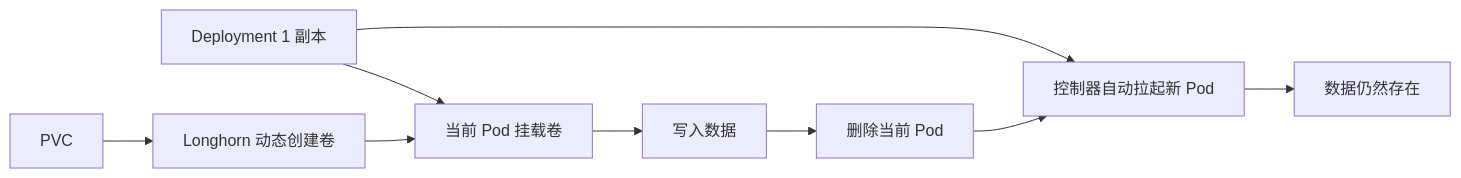
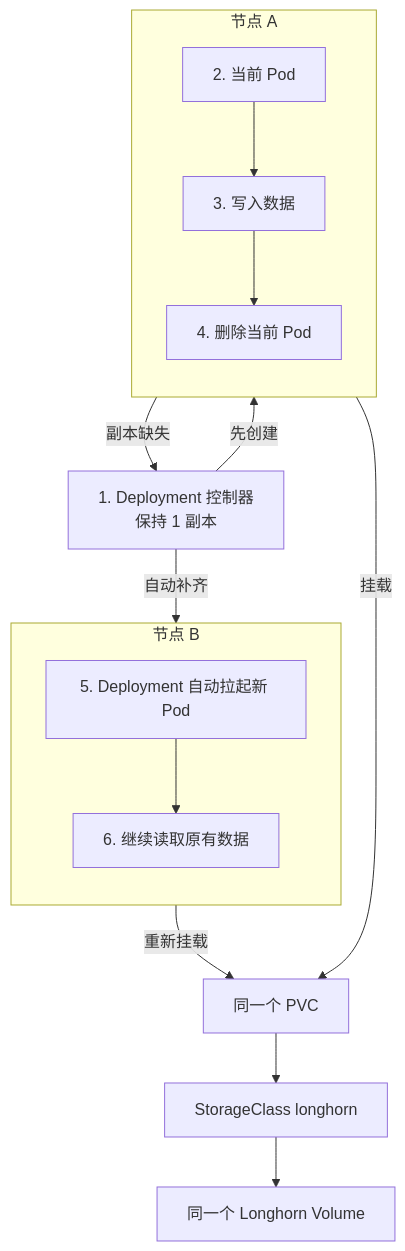
One commit to hwang-protocol/docker_k8s_2026 changed the first of 3 diagrams in k8s/04-storage-and-stateful/docs/06_default_storageclass_and_test_pvc.md. Above: the diagram before and after it, drawn with Mermaid. The commit also changed other lines of this file and 9 other files, not shown here.

````diff
--- a/k8s/04-storage-and-stateful/docs/06_default_storageclass_and_test_pvc.md
+++ b/k8s/04-storage-and-stateful/docs/06_default_storageclass_and_test_pvc.md
@@ -7,20 +7,32 @@
 ```mermaid
-flowchart LR
-  ctrl[Deployment 1 副本]
-  pvc[PVC]
-  volume[Longhorn 动态创建卷]
-  pod1[当前 Pod 挂载卷]
-  write[写入数据]
-  delete[删除当前 Pod]
-  pod2[控制器自动拉起新 Pod]
-  data[数据仍然存在]
+flowchart TB
+  ctrl["1. Deployment 控制器<br/>保持 1 副本"]
+  pvc["同一个 PVC"]
+  sc["StorageClass longhorn"]
+  volume["同一个 Longhorn Volume"]
 
-  ctrl --> pod1
-  ctrl --> pod2
-  pvc --> volume
-  volume --> pod1
-  pod1 --> write
-  write --> delete
-  delete --> pod2
-  pod2 --> data
+  subgraph old["节点 A"]
+    direction TB
+    pod1["2. 当前 Pod"]
+    write["3. 写入数据"]
+    delete["4. 删除当前 Pod"]
+    pod1 --> write
+    write --> delete
+  end
+
+  subgraph new["节点 B"]
+    direction TB
+    pod2["5. Deployment 自动拉起新 Pod"]
+    read["6. 继续读取原有数据"]
+    pod2 --> read
+  end
+
+  ctrl -->|先创建| pod1
+  delete -->|副本缺失| ctrl
+  ctrl -->|自动补齐| pod2
+
+  pod1 -->|挂载| pvc
+  pod2 -->|重新挂载| pvc
+  pvc --> sc
+  sc --> volume
 ```
````
